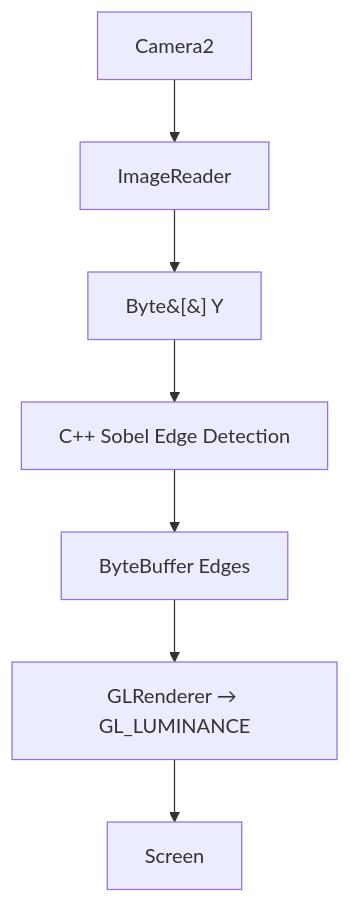
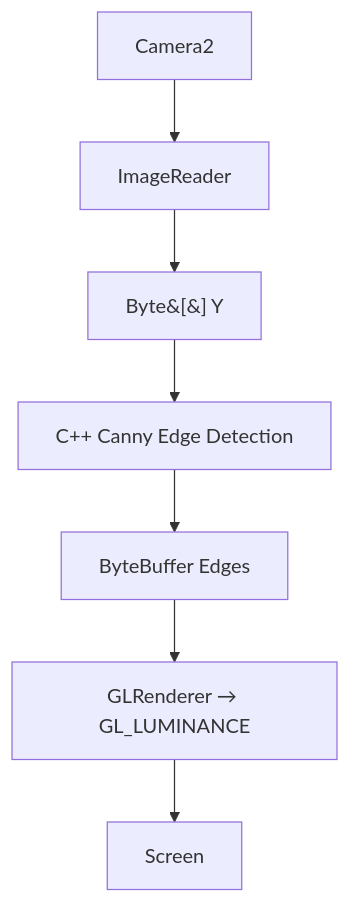
One commit to yasharora7/-Real-Time-Edge-Detection-Viewer changed the second of 3 diagrams in README.md. Above: the diagram before and after it, drawn with Mermaid. The commit also changed other lines of this file, not shown here.

Commit message:
some changes

````diff
--- a/README.md
+++ b/README.md
@@ -109,9 +109,9 @@
 ```mermaid
 flowchart TD
     A[Camera2] --> B[ImageReader]
     B --> C[Byte&#91;&#93; Y]
-    C --> D[C++ Sobel Edge Detection]
+    C --> D[C++ Canny Edge Detection]
     D --> E[ByteBuffer Edges]
     E --> F[GLRenderer → GL_LUMINANCE]
     F --> G[Screen]
 ```
````
